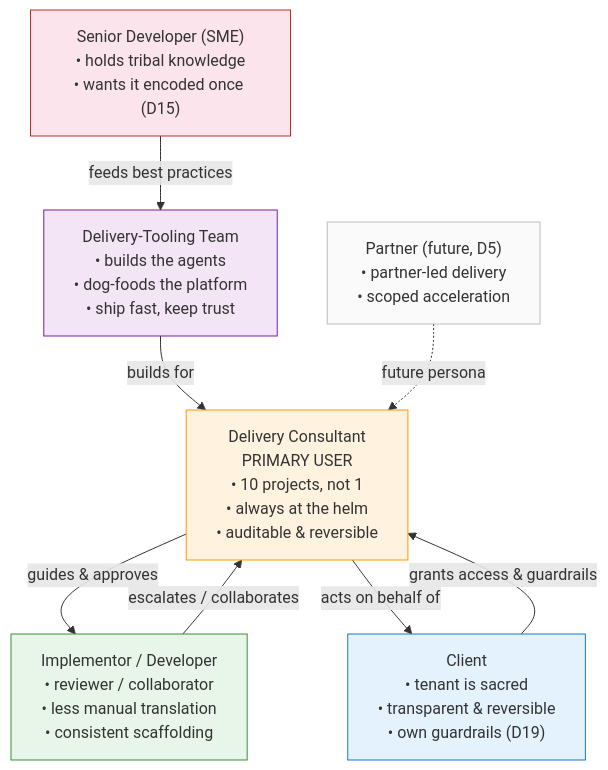
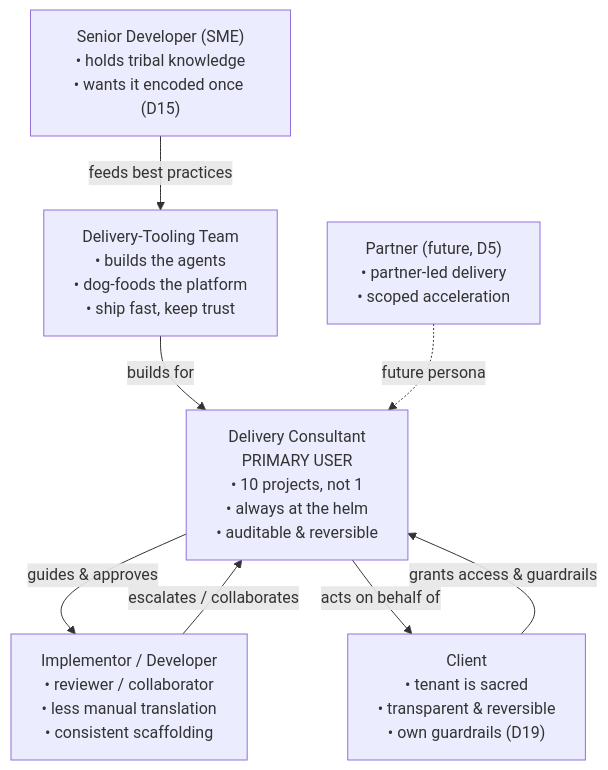
Before and after one commit to omars-lab/omars-lab.github.io: the second of 14 diagrams in bytesofpurpose-blog/designs/2026-02-27-autonomous-build-agents.mdx, drawn with Mermaid. The commit also changed other lines of this file and 6 other files, not shown here.

First line of the commit message:
feat(designs): on-brand mermaid theme + dark-mode-adaptive diagrams

````diff
--- a/bytesofpurpose-blog/designs/2026-02-27-autonomous-build-agents.mdx
+++ b/bytesofpurpose-blog/designs/2026-02-27-autonomous-build-agents.mdx
@@ -266,24 +259,18 @@
 ```mermaid
 flowchart TB
     TC["Delivery Consultant<br/>PRIMARY USER<br/>• 10 projects, not 1<br/>• always at the helm<br/>• auditable & reversible"]
     DEV["Implementor / Developer<br/>• reviewer / collaborator<br/>• less manual translation<br/>• consistent scaffolding"]
     DTT["Delivery-Tooling Team<br/>• builds the agents<br/>• dog-foods the platform<br/>• ship fast, keep trust"]
     CUST["Client<br/>• tenant is sacred<br/>• transparent & reversible<br/>• own guardrails (D19)"]
     PARTNER["Partner (future, D5)<br/>• partner-led delivery<br/>• scoped acceleration"]
     SME["Senior Developer (SME)<br/>• holds tribal knowledge<br/>• wants it encoded once (D15)"]
 
     TC -->|"guides & approves"| DEV
     DEV -->|"escalates / collaborates"| TC
     DTT -->|"builds for"| TC
     TC -->|"acts on behalf of"| CUST
     CUST -->|"grants access & guardrails"| TC
     PARTNER -.->|"future persona"| TC
     SME -->|"feeds best practices"| DTT
 
-    style TC fill:#fff3e0,stroke:#ff9800
-    style DEV fill:#e8f5e9,stroke:#388e3c
-    style DTT fill:#f3e5f5,stroke:#7b1fa2
-    style CUST fill:#e3f2fd,stroke:#1976d2
-    style PARTNER fill:#fafafa,stroke:#bdbdbd
-    style SME fill:#fce4ec,stroke:#c62828
 ```
````
